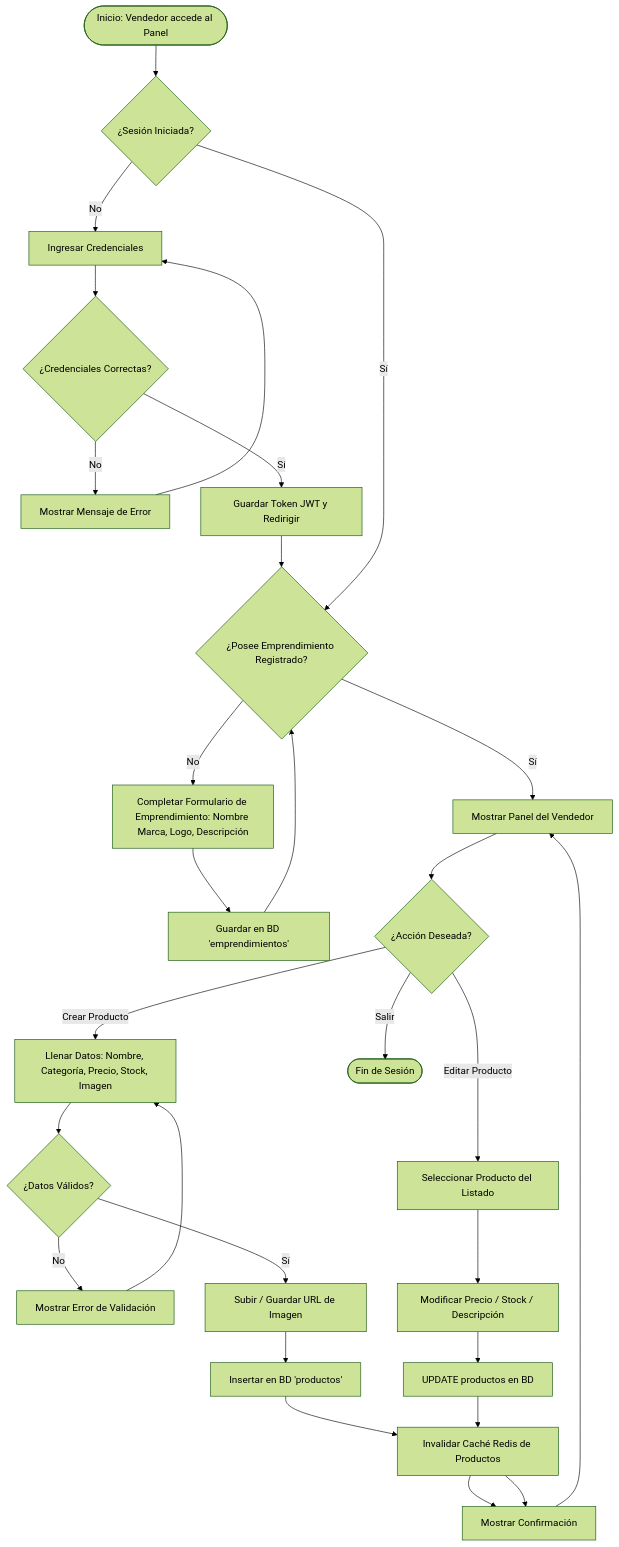
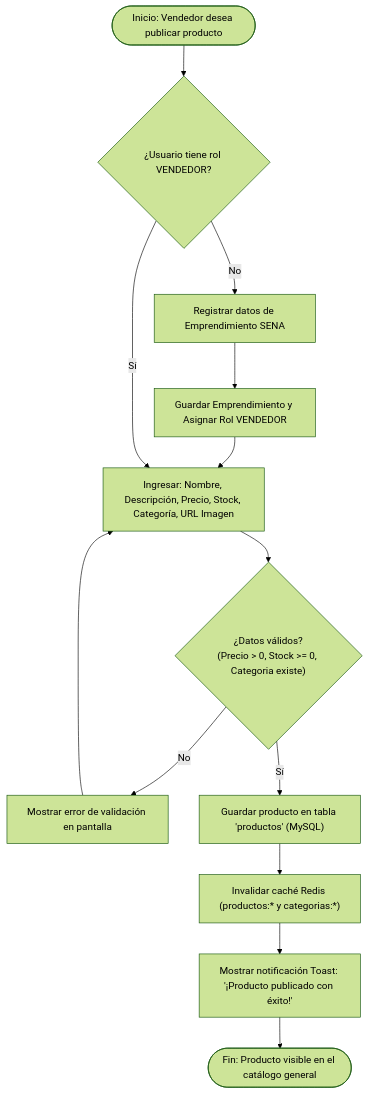
Before and after one commit to valerypena/proyectosena: the ninth of 9 diagrams in docs/UML_DIAGRAMS.md, drawn with Mermaid (forest theme). The commit also changed other lines of this file and 10 other files, not shown here.

````diff
--- a/docs/UML_DIAGRAMS.md
+++ b/docs/UML_DIAGRAMS.md
@@ -550,32 +492,20 @@
 ```mermaid
 flowchart TD
-    Start([Inicio: Vendedor accede al Panel]) --> Login{¿Sesión Iniciada?}
+    Start(["Inicio: Vendedor desea publicar producto"]) --> CheckRole{"¿Usuario tiene rol VENDEDOR?"}
     
-    Login -- No --> FormLogin[Ingresar Credenciales]
-    FormLogin --> AuthVal{¿Credenciales Correctas?}
-    AuthVal -- No --> ErrAuth[Mostrar Mensaje de Error] --> FormLogin
-    AuthVal -- Sí --> SetToken[Guardar Token JWT y Redirigir] --> CheckEmp
-
-    Login -- Sí --> CheckEmp{¿Posee Emprendimiento Registrado?}
-
-    CheckEmp -- No --> RegEmp[Completar Formulario de Emprendimiento: Nombre Marca, Logo, Descripción]
-    RegEmp --> SaveEmp[Guardar en BD 'emprendimientos'] --> CheckEmp
-
-    CheckEmp -- Sí --> Menu[Mostrar Panel del Vendedor]
-    Menu --> Action{¿Acción Deseada?}
-
-    Action -- Crear Producto --> FormProd[Llenar Datos: Nombre, Categoría, Precio, Stock, Imagen]
-    FormProd --> ValProd{¿Datos Válidos?}
-    ValProd -- No --> ErrProd[Mostrar Error de Validación] --> FormProd
-    ValProd -- Sí --> UploadImg[Subir / Guardar URL de Imagen]
-    UploadImg --> SaveProd[Insertar en BD 'productos']
-    SaveProd --> CleanCache[Invalidar Caché Redis de Productos]
-    CleanCache --> OkMsg[Mostrar Confirmación] --> Menu
-
-    Action -- Editar Producto --> SelectProd[Seleccionar Producto del Listado]
-    SelectProd --> EditForm[Modificar Precio / Stock / Descripción]
-    EditForm --> UpdateProd[UPDATE productos en BD]
-    UpdateProd --> CleanCache --> OkMsg
-
-    Action -- Salir --> End([Fin de Sesión])
+    CheckRole -- No --> PromoteRole["Registrar datos de Emprendimiento SENA"]
+    PromoteRole --> SaveEmp["Guardar Emprendimiento y Asignar Rol VENDEDOR"]
+    SaveEmp --> InputData
+    
+    CheckRole -- Sí --> InputData["Ingresar: Nombre, Descripción, Precio, Stock, Categoría, URL Imagen"]
+    
+    InputData --> Validate{"¿Datos válidos?\n(Precio > 0, Stock >= 0, Categoria existe)"}
+    
+    Validate -- No --> ShowError["Mostrar error de validación en pantalla"]
+    ShowError --> InputData
+    
+    Validate -- Sí --> SaveDB["Guardar producto en tabla 'productos' (MySQL)"]
+    SaveDB --> ClearCache["Invalidar caché Redis (productos:* y categorias:*)"]
+    ClearCache --> NotifyToast["Mostrar notificación Toast: '¡Producto publicado con éxito!'"]
+    NotifyToast --> End(["Fin: Producto visible en el catálogo general"])
 ```
````
